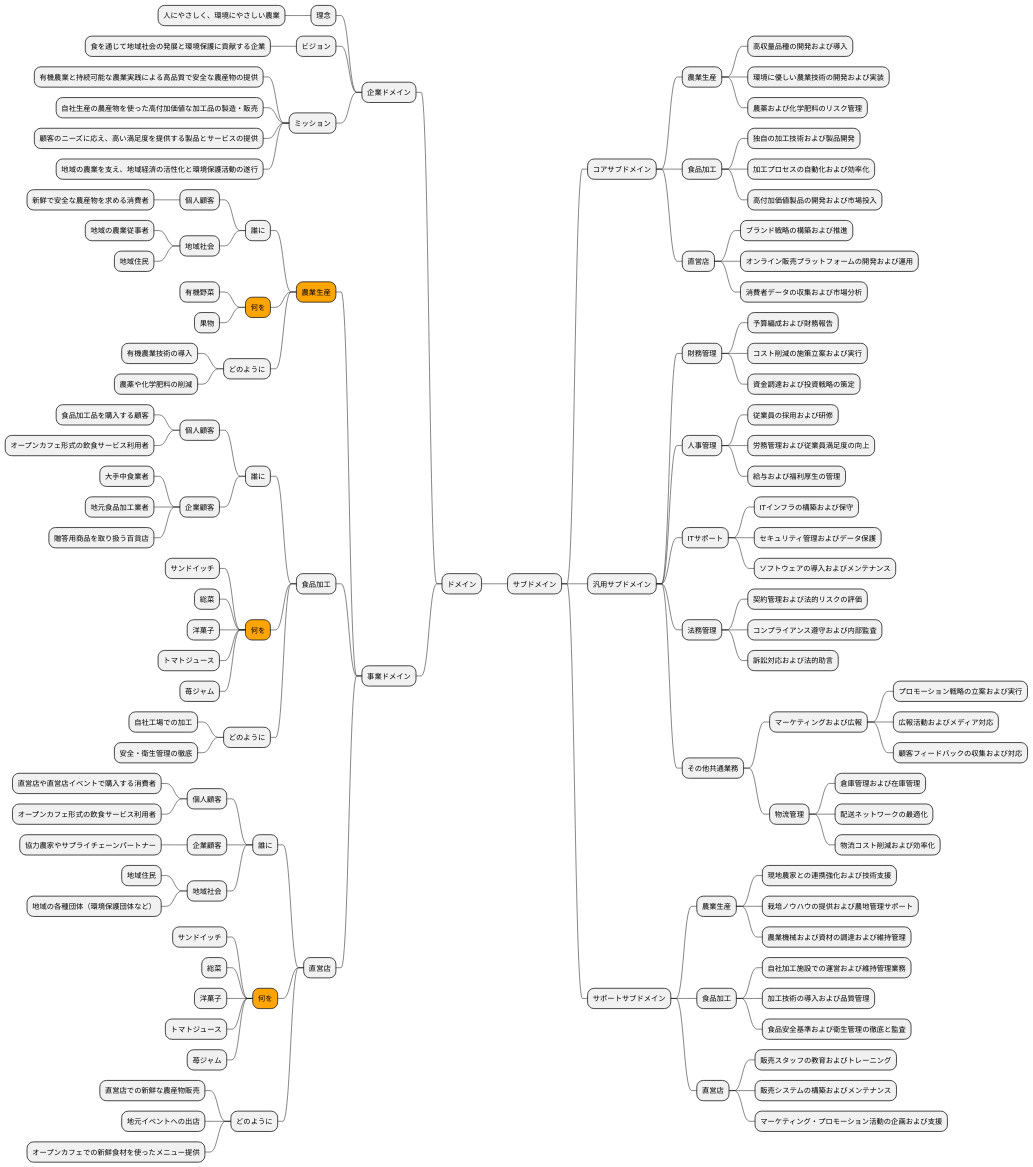
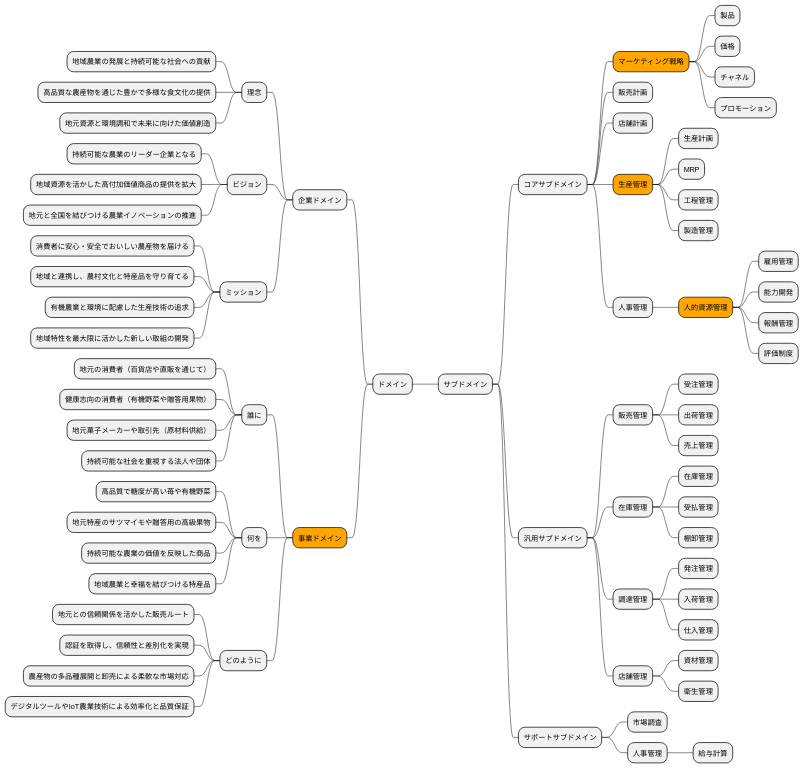
One commit to k2works/case-study-business-analysis changed diagram 16 of 19 in docs/case/r04_case_1.adoc. Above: the diagram before and after it, drawn with PlantUML. The commit also changed other lines of this file, not shown here.

```diff
--- a/docs/case/r04_case_1.adoc
+++ b/docs/case/r04_case_1.adoc
@@ -995,119 +972,76 @@
 * ドメイン
 ** サブドメイン
 *** コアサブドメイン
-**** 農業生産
-***** 高収量品種の開発および導入
-***** 環境に優しい農業技術の開発および実装
-***** 農薬および化学肥料のリスク管理
-**** 食品加工
-***** 独自の加工技術および製品開発
-***** 加工プロセスの自動化および効率化
-***** 高付加価値製品の開発および市場投入
-**** 直営店
-***** ブランド戦略の構築および推進
-***** オンライン販売プラットフォームの開発および運用
-***** 消費者データの収集および市場分析
+****[#orange] マーケティング戦略
+***** 製品
+***** 価格
+***** チャネル
+***** プロモーション
+**** 販売計画
+**** 店舗計画
+****[#orange] 生産管理
+***** 生産計画
+***** MRP
+***** 工程管理
+***** 製造管理
+**** 人事管理
+*****[#orange] 人的資源管理
+****** 雇用管理
+****** 能力開発
+****** 報酬管理
+****** 評価制度
 *** 汎用サブドメイン
-**** 財務管理
-***** 予算編成および財務報告
-***** コスト削減の施策立案および実行
-***** 資金調達および投資戦略の策定
+**** 販売管理
+***** 受注管理
+***** 出荷管理
+***** 売上管理
+**** 在庫管理
+***** 在庫管理
+***** 受払管理
+***** 棚卸管理
+**** 調達管理
+***** 発注管理
+***** 入荷管理
+***** 仕入管理
+**** 店舗管理
+***** 資材管理
+***** 衛生管理
+*** サポートサブドメイン
+**** 市場調査
 **** 人事管理
-***** 従業員の採用および研修
-***** 労務管理および従業員満足度の向上
-***** 給与および福利厚生の管理
-**** ITサポート
-***** ITインフラの構築および保守
-***** セキュリティ管理およびデータ保護
-***** ソフトウェアの導入およびメンテナンス
-**** 法務管理
-***** 契約管理および法的リスクの評価
-***** コンプライアンス遵守および内部監査
-***** 訴訟対応および法的助言
-**** その他共通業務
-***** マーケティングおよび広報
-****** プロモーション戦略の立案および実行
-****** 広報活動およびメディア対応
-****** 顧客フィードバックの収集および対応
-***** 物流管理
-****** 倉庫管理および在庫管理
-****** 配送ネットワークの最適化
-****** 物流コスト削減および効率化
-*** サポートサブドメイン
-**** 農業生産
-***** 現地農家との連携強化および技術支援
-***** 栽培ノウハウの提供および農地管理サポート
-***** 農業機械および資材の調達および維持管理
-**** 食品加工
-***** 自社加工施設での運営および維持管理業務
-***** 加工技術の導入および品質管理
-***** 食品安全基準および衛生管理の徹底と監査
-**** 直営店
-***** 販売スタッフの教育およびトレーニング
-***** 販売システムの構築およびメンテナンス
-***** マーケティング・プロモーション活動の企画および支援
+***** 給与計算
 left side
 ** 企業ドメイン
 *** 理念
-**** 人にやさしく、環境にやさしい農業
+**** 地域農業の発展と持続可能な社会への貢献
+**** 高品質な農産物を通じた豊かで多様な食文化の提供
+**** 地元資源と環境調和で未来に向けた価値創造
 *** ビジョン
-**** 食を通じて地域社会の発展と環境保護に貢献する企業
+**** 持続可能な農業のリーダー企業となる
+**** 地域資源を活かした高付加価値商品の提供を拡大
+**** 地元と全国を結びつける農業イノベーションの推進
 *** ミッション
-**** 有機農業と持続可能な農業実践による高品質で安全な農産物の提供
-**** 自社生産の農産物を使った高付加価値な加工品の製造・販売
-**** 顧客のニーズに応え、高い満足度を提供する製品とサービスの提供
-**** 地域の農業を支え、地域経済の活性化と環境保護活動の遂行
-** 事業ドメイン
-***[#orange] 農業生産
-**** 誰に
-***** 個人顧客
-****** 新鮮で安全な農産物を求める消費者
-***** 地域社会
-****** 地域の農業従事者
-****** 地域住民
-****[#orange] 何を
-***** 有機野菜
-***** 果物
-**** どのように
-***** 有機農業技術の導入
-***** 農薬や化学肥料の削減
-*** 食品加工
-**** 誰に
-***** 個人顧客
-****** 食品加工品を購入する顧客
-****** オープンカフェ形式の飲食サービス利用者
-***** 企業顧客
-****** 大手中食業者
-****** 地元食品加工業者
-****** 贈答用商品を取り扱う百貨店
-****[#orange] 何を
-***** サンドイッチ
-***** 総菜
-***** 洋菓子
-***** トマトジュース
-***** 苺ジャム
-**** どのように
-***** 自社工場での加工
-***** 安全・衛生管理の徹底
-*** 直営店
-**** 誰に
-***** 個人顧客
-****** 直営店や直営店イベントで購入する消費者
-****** オープンカフェ形式の飲食サービス利用者
-***** 企業顧客
-****** 協力農家やサプライチェーンパートナー
-***** 地域社会
-****** 地域住民
-****** 地域の各種団体（環境保護団体など）
-****[#orange] 何を
-***** サンドイッチ
-***** 総菜
-***** 洋菓子
-***** トマトジュース
-***** 苺ジャム
-**** どのように
-***** 直営店での新鮮な農産物販売
-***** 地元イベントへの出店
-***** オープンカフェでの新鮮食材を使ったメニュー提供
+**** 消費者に安心・安全でおいしい農産物を届ける
+**** 地域と連携し、農村文化と特産品を守り育てる
+**** 有機農業と環境に配慮した生産技術の追求
+**** 地域特性を最大限に活かした新しい取組の開発
+**[#orange] 事業ドメイン
+*** 誰に
+**** 地元の消費者（百貨店や直販を通じて）
+**** 健康志向の消費者（有機野菜や贈答用果物）
+**** 地元菓子メーカーや取引先（原材料供給）
+**** 持続可能な社会を重視する法人や団体
+*** 何を
+**** 高品質で糖度が高い苺や有機野菜
+**** 地元特産のサツマイモや贈答用の高級果物
+**** 持続可能な農業の価値を反映した商品
+**** 地域農業と幸福を結びつける特産品
+*** どのように
+**** 地元との信頼関係を活かした販売ルート
+**** 認証を取得し、信頼性と差別化を実現
+**** 農産物の多品種展開と卸売による柔軟な市場対応
+**** デジタルツールやIoT農業技術による効率化と品質保証
+
+
 @endmindmap
 ----
```
